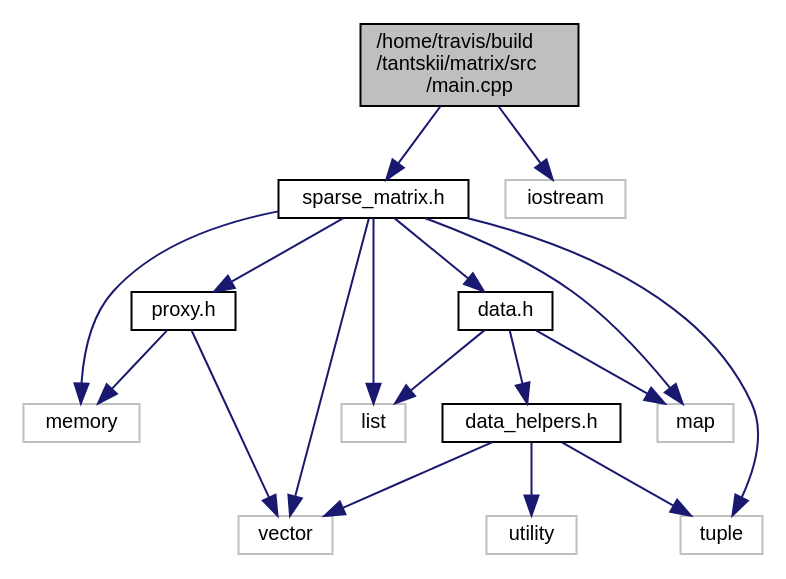
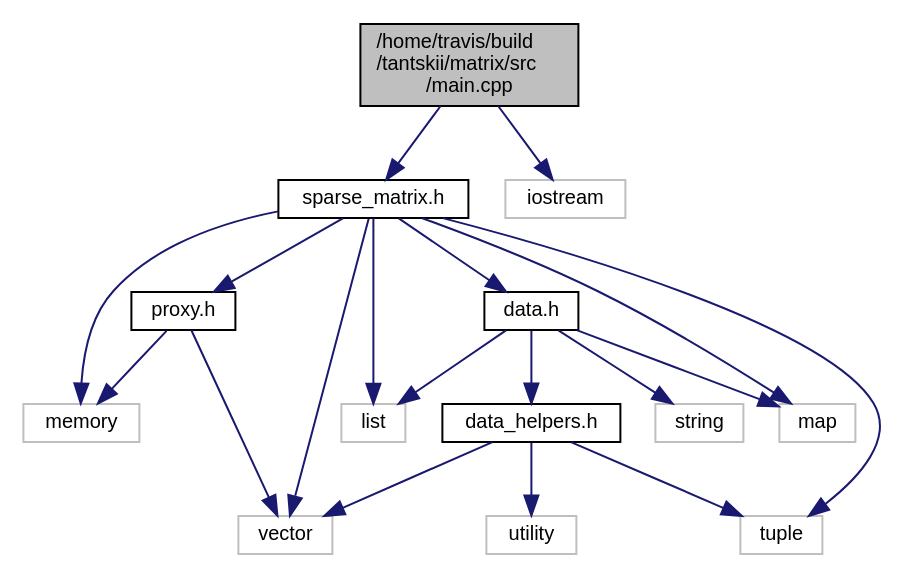
One commit to tantskii/matrix changed the diagram in main_8cpp__incl.dot. Above: the diagram before and after it, drawn with Graphviz. The commit also changed 96 other files, not shown here.

```diff
--- a/main_8cpp__incl.dot
+++ b/main_8cpp__incl.dot
@@ -1,34 +1,36 @@
 digraph "/home/travis/build/tantskii/matrix/src/main.cpp"
 {
   edge [fontname="Helvetica",fontsize="10",labelfontname="Helvetica",labelfontsize="10"];
   node [fontname="Helvetica",fontsize="10",shape=record];
   Node1 [label="/home/travis/build\l/tantskii/matrix/src\l/main.cpp",height=0.2,width=0.4,color="black", fillcolor="grey75", style="filled", fontcolor="black"];
   Node1 -> Node2 [color="midnightblue",fontsize="10",style="solid",fontname="Helvetica"];
   Node2 [label="sparse_matrix.h",height=0.2,width=0.4,color="black", fillcolor="white", style="filled",URL="$sparse__matrix_8h.html"];
   Node2 -> Node3 [color="midnightblue",fontsize="10",style="solid",fontname="Helvetica"];
   Node3 [label="proxy.h",height=0.2,width=0.4,color="black", fillcolor="white", style="filled",URL="$proxy_8h.html",tooltip="заголовочный класс, содержащий описание и реализацию прокси класса, который осуществляет чтение и доб..."];
   Node3 -> Node4 [color="midnightblue",fontsize="10",style="solid",fontname="Helvetica"];
   Node4 [label="memory",height=0.2,width=0.4,color="grey75", fillcolor="white", style="filled"];
   Node3 -> Node5 [color="midnightblue",fontsize="10",style="solid",fontname="Helvetica"];
   Node5 [label="vector",height=0.2,width=0.4,color="grey75", fillcolor="white", style="filled"];
   Node2 -> Node6 [color="midnightblue",fontsize="10",style="solid",fontname="Helvetica"];
   Node6 [label="data.h",height=0.2,width=0.4,color="black", fillcolor="white", style="filled",URL="$data_8h.html",tooltip="Заголовочный файл с описанием и реализацией класса, осуществляющего хранение данных разреженной матри..."];
   Node6 -> Node7 [color="midnightblue",fontsize="10",style="solid",fontname="Helvetica"];
   Node7 [label="data_helpers.h",height=0.2,width=0.4,color="black", fillcolor="white", style="filled",URL="$data__helpers_8h.html",tooltip="Данный заголовочный файл содержит вспомогательные функии класса Data<T, N> описанного в data..."];
   Node7 -> Node5 [color="midnightblue",fontsize="10",style="solid",fontname="Helvetica"];
   Node7 -> Node8 [color="midnightblue",fontsize="10",style="solid",fontname="Helvetica"];
   Node8 [label="tuple",height=0.2,width=0.4,color="grey75", fillcolor="white", style="filled"];
   Node7 -> Node9 [color="midnightblue",fontsize="10",style="solid",fontname="Helvetica"];
   Node9 [label="utility",height=0.2,width=0.4,color="grey75", fillcolor="white", style="filled"];
   Node6 -> Node10 [color="midnightblue",fontsize="10",style="solid",fontname="Helvetica"];
   Node10 [label="list",height=0.2,width=0.4,color="grey75", fillcolor="white", style="filled"];
   Node6 -> Node11 [color="midnightblue",fontsize="10",style="solid",fontname="Helvetica"];
   Node11 [label="map",height=0.2,width=0.4,color="grey75", fillcolor="white", style="filled"];
+  Node6 -> Node12 [color="midnightblue",fontsize="10",style="solid",fontname="Helvetica"];
+  Node12 [label="string",height=0.2,width=0.4,color="grey75", fillcolor="white", style="filled"];
   Node2 -> Node11 [color="midnightblue",fontsize="10",style="solid",fontname="Helvetica"];
   Node2 -> Node10 [color="midnightblue",fontsize="10",style="solid",fontname="Helvetica"];
   Node2 -> Node8 [color="midnightblue",fontsize="10",style="solid",fontname="Helvetica"];
   Node2 -> Node4 [color="midnightblue",fontsize="10",style="solid",fontname="Helvetica"];
   Node2 -> Node5 [color="midnightblue",fontsize="10",style="solid",fontname="Helvetica"];
-  Node1 -> Node12 [color="midnightblue",fontsize="10",style="solid",fontname="Helvetica"];
-  Node12 [label="iostream",height=0.2,width=0.4,color="grey75", fillcolor="white", style="filled"];
+  Node1 -> Node13 [color="midnightblue",fontsize="10",style="solid",fontname="Helvetica"];
+  Node13 [label="iostream",height=0.2,width=0.4,color="grey75", fillcolor="white", style="filled"];
 }
```
